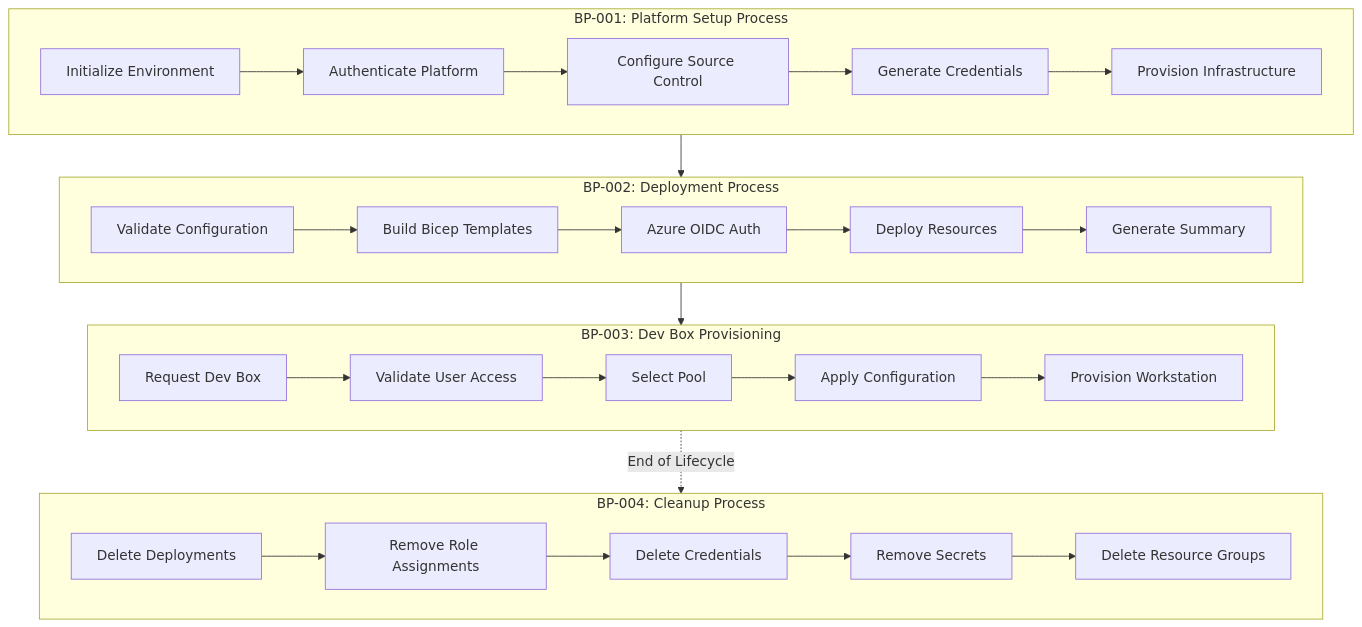
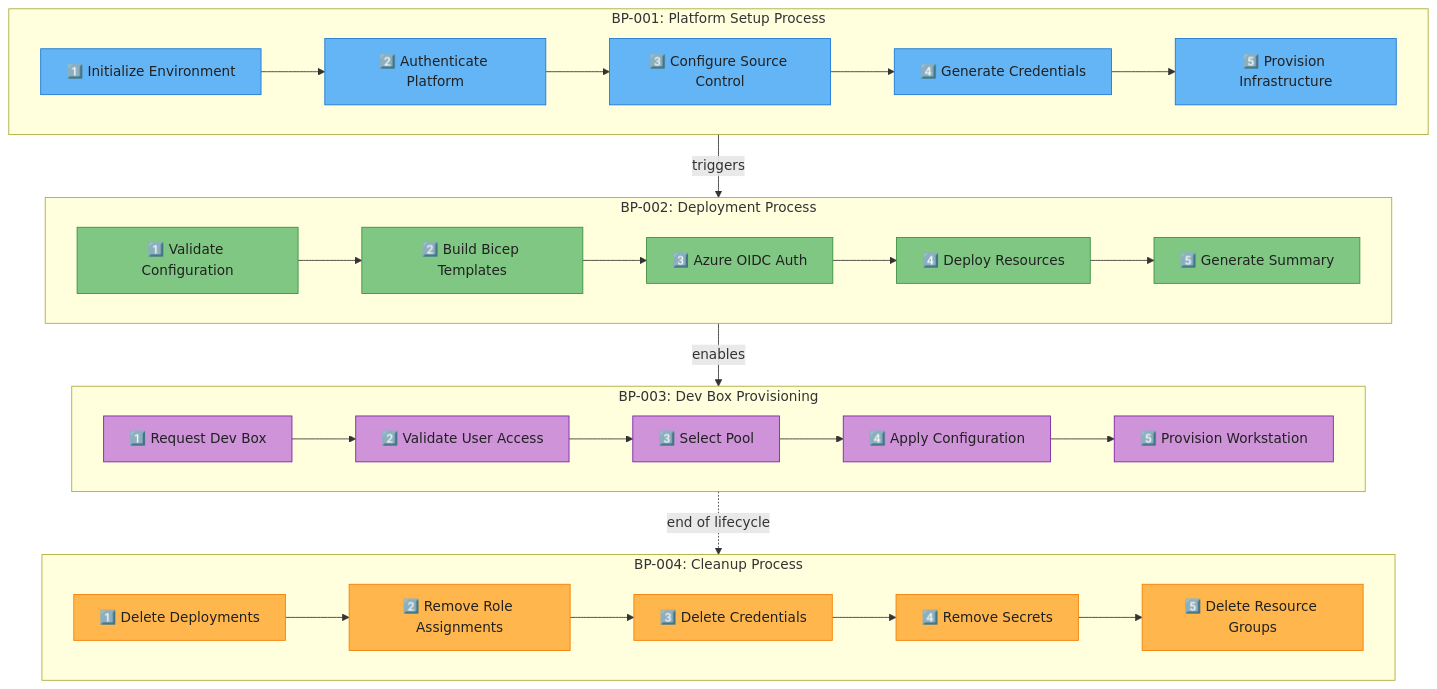
The third of 5 diagrams in docs/architecture/Business.md (Evilazaro/DevExp-DevBox), drawn with Mermaid before and after one commit. The commit also changed other lines of this file, not shown here.

Commit message:
docs: enhance Business Architecture diagrams with improved clarity, emoji labels, and Material Design styling

````diff
--- a/docs/architecture/Business.md
+++ b/docs/architecture/Business.md
@@ -210,38 +245,74 @@
 ```mermaid
 flowchart TB
-    subgraph SetupProcess["BP-001: Platform Setup Process"]
+    direction TB
+
+    subgraph setupProcess["BP-001: Platform Setup Process"]
         direction LR
-        S1["Initialize Environment"] --> S2["Authenticate Platform"]
-        S2 --> S3["Configure Source Control"]
-        S3 --> S4["Generate Credentials"]
-        S4 --> S5["Provision Infrastructure"]
+        initEnv["1️⃣ Initialize Environment"]
+        authPlatform["2️⃣ Authenticate Platform"]
+        configSourceCtrl["3️⃣ Configure Source Control"]
+        genCreds["4️⃣ Generate Credentials"]
+        provisionInfra["5️⃣ Provision Infrastructure"]
+
+        initEnv --> authPlatform
+        authPlatform --> configSourceCtrl
+        configSourceCtrl --> genCreds
+        genCreds --> provisionInfra
     end
 
-    subgraph DeployProcess["BP-002: Deployment Process"]
+    subgraph deployProcess["BP-002: Deployment Process"]
         direction LR
-        D1["Validate Configuration"] --> D2["Build Bicep Templates"]
-        D2 --> D3["Azure OIDC Auth"]
-        D3 --> D4["Deploy Resources"]
-        D4 --> D5["Generate Summary"]
+        validateConfig["1️⃣ Validate Configuration"]
+        buildBicep["2️⃣ Build Bicep Templates"]
+        oidcAuth["3️⃣ Azure OIDC Auth"]
+        deployResources["4️⃣ Deploy Resources"]
+        genSummary["5️⃣ Generate Summary"]
+
+        validateConfig --> buildBicep
+        buildBicep --> oidcAuth
+        oidcAuth --> deployResources
+        deployResources --> genSummary
     end
 
-    subgraph DevBoxProcess["BP-003: Dev Box Provisioning"]
+    subgraph devBoxProcess["BP-003: Dev Box Provisioning"]
         direction LR
-        DB1["Request Dev Box"] --> DB2["Validate User Access"]
-        DB2 --> DB3["Select Pool"]
-        DB3 --> DB4["Apply Configuration"]
-        DB4 --> DB5["Provision Workstation"]
+        requestDevBox["1️⃣ Request Dev Box"]
+        validateAccess["2️⃣ Validate User Access"]
+        selectPool["3️⃣ Select Pool"]
+        applyConfig["4️⃣ Apply Configuration"]
+        provisionWs["5️⃣ Provision Workstation"]
+
+        requestDevBox --> validateAccess
+        validateAccess --> selectPool
+        selectPool --> applyConfig
+        applyConfig --> provisionWs
     end
 
-    subgraph CleanupProcess["BP-004: Cleanup Process"]
+    subgraph cleanupProcess["BP-004: Cleanup Process"]
         direction LR
-        C1["Delete Deployments"] --> C2["Remove Role Assignments"]
-        C2 --> C3["Delete Credentials"]
-        C3 --> C4["Remove Secrets"]
-        C4 --> C5["Delete Resource Groups"]
+        deleteDeployments["1️⃣ Delete Deployments"]
+        removeRoles["2️⃣ Remove Role Assignments"]
+        deleteCreds["3️⃣ Delete Credentials"]
+        removeSecrets["4️⃣ Remove Secrets"]
+        deleteRgs["5️⃣ Delete Resource Groups"]
+
+        deleteDeployments --> removeRoles
+        removeRoles --> deleteCreds
+        deleteCreds --> removeSecrets
+        removeSecrets --> deleteRgs
     end
 
-    SetupProcess --> DeployProcess
-    DeployProcess --> DevBoxProcess
-    DevBoxProcess -.->|"End of Lifecycle"| CleanupProcess
+    setupProcess -->|"triggers"| deployProcess
+    deployProcess -->|"enables"| devBoxProcess
+    devBoxProcess -.->|"end of lifecycle"| cleanupProcess
+
+    classDef setupStep fill:#64B5F6,stroke:#1976D2,color:#212121
+    classDef deployStep fill:#81C784,stroke:#388E3C,color:#212121
+    classDef devBoxStep fill:#CE93D8,stroke:#7B1FA2,color:#212121
+    classDef cleanupStep fill:#FFB74D,stroke:#F57C00,color:#212121
+
+    class initEnv,authPlatform,configSourceCtrl,genCreds,provisionInfra setupStep
+    class validateConfig,buildBicep,oidcAuth,deployResources,genSummary deployStep
+    class requestDevBox,validateAccess,selectPool,applyConfig,provisionWs devBoxStep
+    class deleteDeployments,removeRoles,deleteCreds,removeSecrets,deleteRgs cleanupStep
 ```
````
